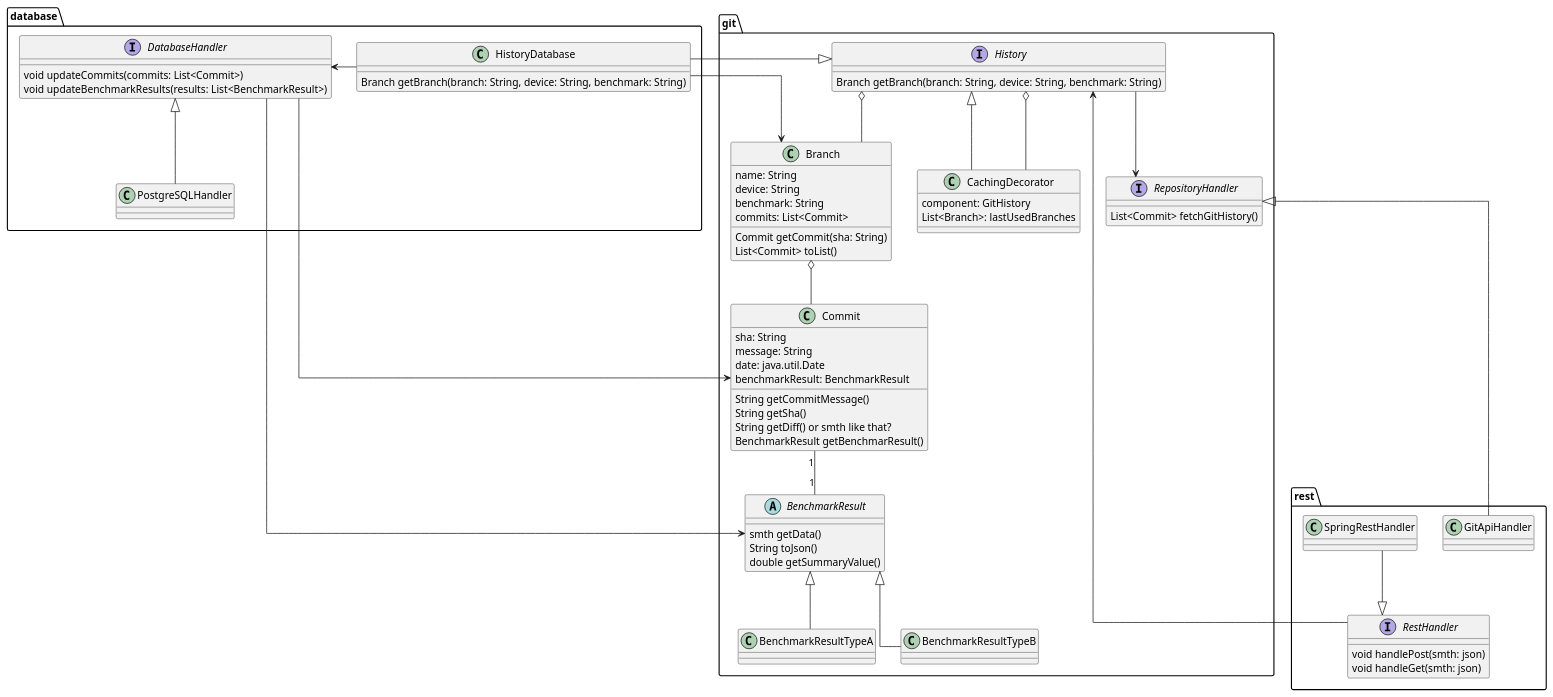
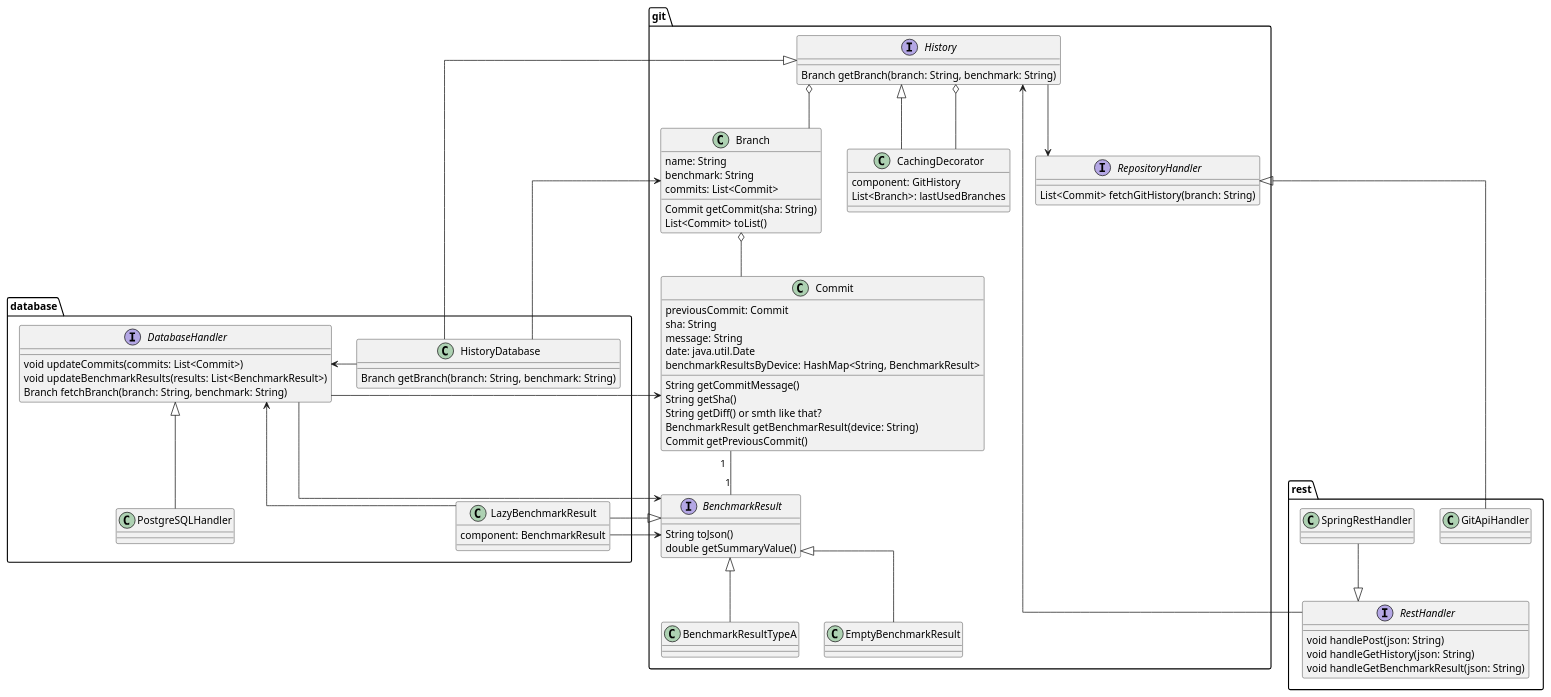
One commit to pse-parkview/Parkview changed the diagram in Design/plantuml/backend_class.puml. Above: the diagram before and after it, drawn with PlantUML.

Commit message:
adds lazy decorator for benchmark results

```diff
--- a/Design/plantuml/backend_class.puml
+++ b/Design/plantuml/backend_class.puml
@@ -1,98 +1,107 @@
 @startuml backend
 
 skinparam linetype ortho
 
 package git {
   interface History {
-    Branch getBranch(branch: String, device: String, benchmark: String)
+    Branch getBranch(branch: String, benchmark: String)
   }
 
   interface RepositoryHandler {
-    List<Commit> fetchGitHistory()
+    List<Commit> fetchGitHistory(branch: String)
   }
 
   class CachingDecorator {
     component: GitHistory
     List<Branch>: lastUsedBranches
   }
   
   class Commit {
+    previousCommit: Commit
     sha: String
     message: String
     date: java.util.Date
-    benchmarkResult: BenchmarkResult
+    benchmarkResultsByDevice: HashMap<String, BenchmarkResult>
     String getCommitMessage()
     String getSha()
     String getDiff() or smth like that?
-    BenchmarkResult getBenchmarResult()
+    BenchmarkResult getBenchmarResult(device: String)
+    Commit getPreviousCommit()
   }
   
   
   class Branch {
     name: String
-    device: String
     benchmark: String
     commits: List<Commit>
     Commit getCommit(sha: String)
     List<Commit> toList()
   }
     
-  abstract BenchmarkResult {
-    smth getData()
+  interface BenchmarkResult {
     String toJson()
     double getSummaryValue()
   }
   
-  
   class BenchmarkResultTypeA
-  class BenchmarkResultTypeB
+  class EmptyBenchmarkResult
   
   
+  BenchmarkResult <|-- EmptyBenchmarkResult
   BenchmarkResult <|-- BenchmarkResultTypeA
-  BenchmarkResult <|-- BenchmarkResultTypeB
   
   History o-- Branch
   History --> RepositoryHandler
   History <|-- CachingDecorator
   History o-- CachingDecorator
   
   Branch o-- Commit
   Commit "1" -- "1" BenchmarkResult
 }
 
 
 package rest {
   class GitApiHandler
   class SpringRestHandler
   
   interface RestHandler {
-    void handlePost(smth: json)
-    void handleGet(smth: json)
+    void handlePost(json: String)
+    void handleGetHistory(json: String)
+    void handleGetBenchmarkResult(json: String)
   }
    
   SpringRestHandler --|> RestHandler
 }
 
 package database {
   class PostgreSQLHandler
   
   interface DatabaseHandler {
     void updateCommits(commits: List<Commit>)
     void updateBenchmarkResults(results: List<BenchmarkResult>)
+    Branch fetchBranch(branch: String, benchmark: String)
   }
   
   DatabaseHandler <- HistoryDatabase
   DatabaseHandler <|-- PostgreSQLHandler
   
   class HistoryDatabase {
-    Branch getBranch(branch: String, device: String, benchmark: String)
+    Branch getBranch(branch: String, benchmark: String)
   }
+  
+  class LazyBenchmarkResult {
+    component: BenchmarkResult
+  }
+
+  DatabaseHandler <-- LazyBenchmarkResult
 }
 
 History <--- RestHandler
 History <|--- HistoryDatabase
 RepositoryHandler <|--- GitApiHandler
 DatabaseHandler ---> Commit
 DatabaseHandler ---> BenchmarkResult
 HistoryDatabase ---> Branch
+BenchmarkResult <|--- LazyBenchmarkResult
+BenchmarkResult <--- LazyBenchmarkResult
 @enduml
```
